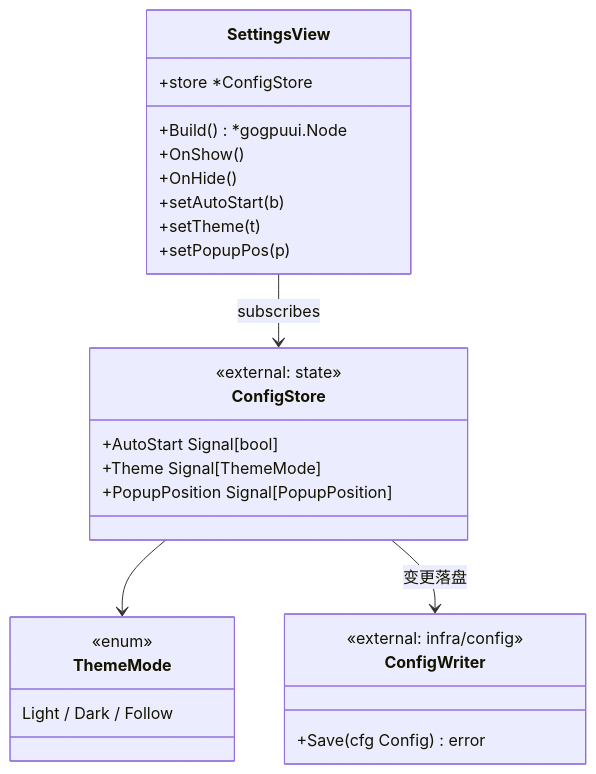
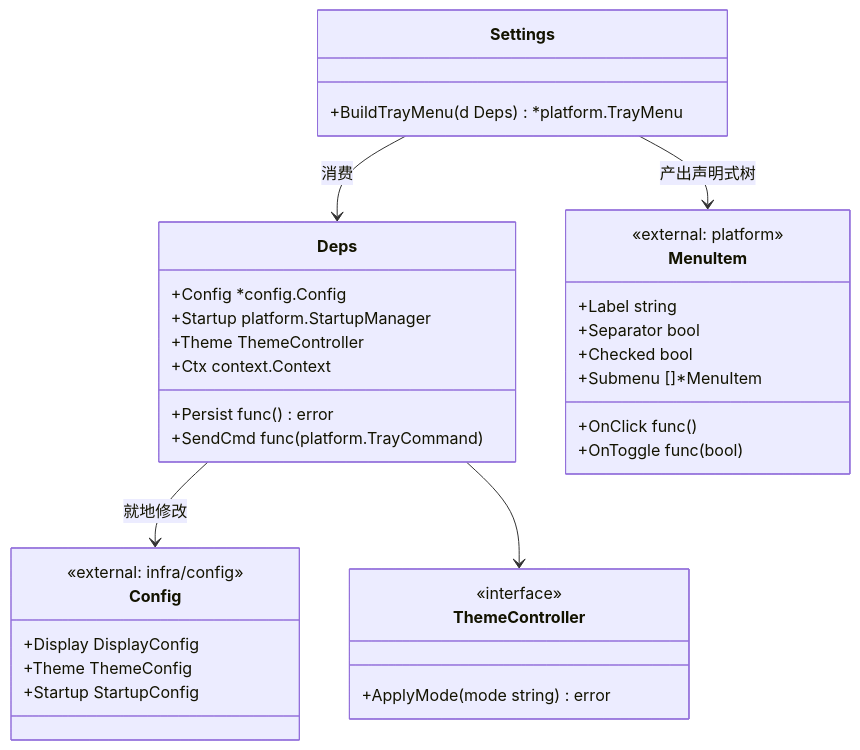
Before and after one commit to shaolei/DeskCalendar: the first of 4 diagrams in docs/90-UI/Settings.md, drawn with Mermaid. The commit also changed other lines of this file and 10 other files, not shown here.

First line of the commit message:
feat(settings): Phase3 slice #115 - tray right-click menu (Path D)

````diff
--- a/docs/90-UI/Settings.md
+++ b/docs/90-UI/Settings.md
@@ -23,29 +24,37 @@
 ```mermaid
 classDiagram
-    class SettingsView {
-        +store *ConfigStore
-        +Build() *gogpuui.Node
-        +OnShow()
-        +OnHide()
-        +setAutoStart(b)
-        +setTheme(t)
-        +setPopupPos(p)
+    class Settings {
+        +BuildTrayMenu(d Deps) *platform.TrayMenu
     }
-    class ConfigStore {
-        <<external: state>>
-        +AutoStart Signal[bool]
-        +Theme Signal[ThemeMode]
-        +PopupPosition Signal[PopupPosition]
+    class Deps {
+        +Config *config.Config
+        +Persist func() error
+        +Startup platform.StartupManager
+        +Theme ThemeController
+        +SendCmd func(platform.TrayCommand)
+        +Ctx context.Context
     }
-    class ThemeMode {
-        <<enum>>
-        Light / Dark / Follow
+    class ThemeController {
+        <<interface>>
+        +ApplyMode(mode string) error
     }
-    class ConfigWriter {
+    class MenuItem {
+        <<external: platform>>
+        +Label string
+        +Separator bool
+        +Checked bool
+        +OnClick func()
+        +OnToggle func(bool)
+        +Submenu []*MenuItem
+    }
+    class Config {
         <<external: infra/config>>
-        +Save(cfg Config) error
+        +Display DisplayConfig
+        +Theme ThemeConfig
+        +Startup StartupConfig
     }
-    SettingsView --> ConfigStore : subscribes
-    ConfigStore --> ThemeMode
-    ConfigStore --> ConfigWriter : 变更落盘
+    Settings --> Deps : 消费
+    Settings --> MenuItem : 产出声明式树
+    Deps --> Config : 就地修改
+    Deps --> ThemeController
 ```
````
